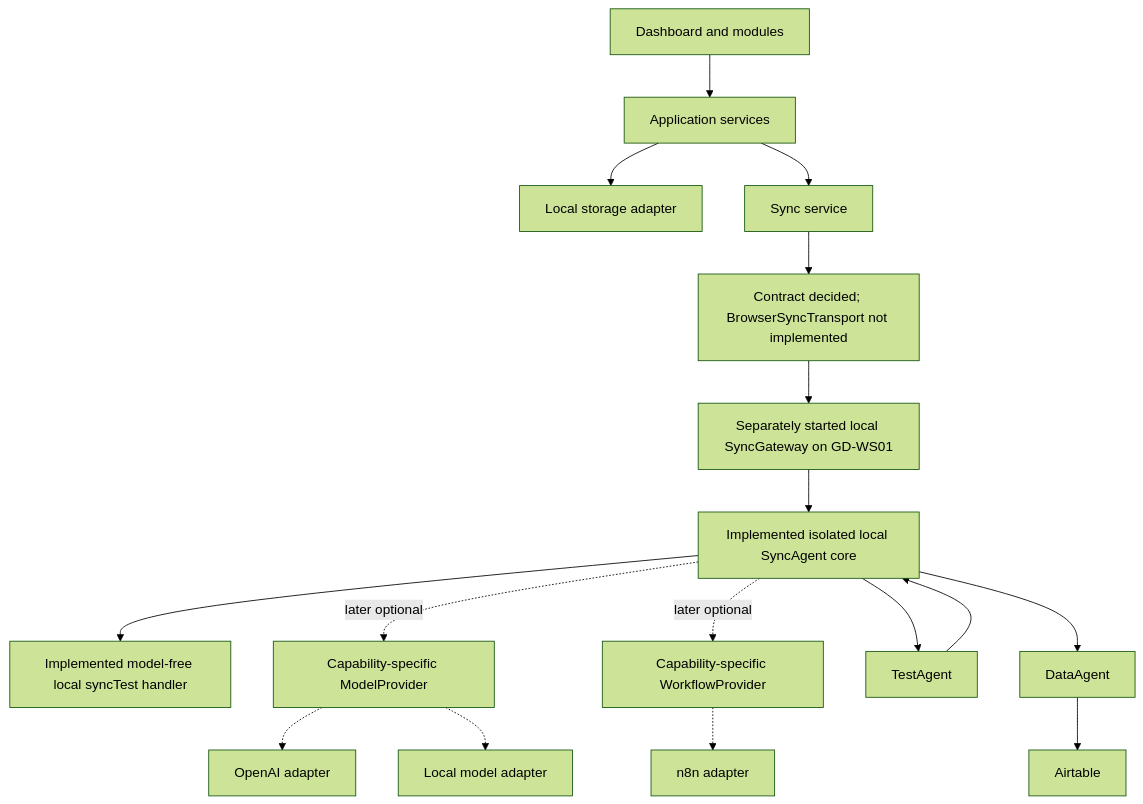
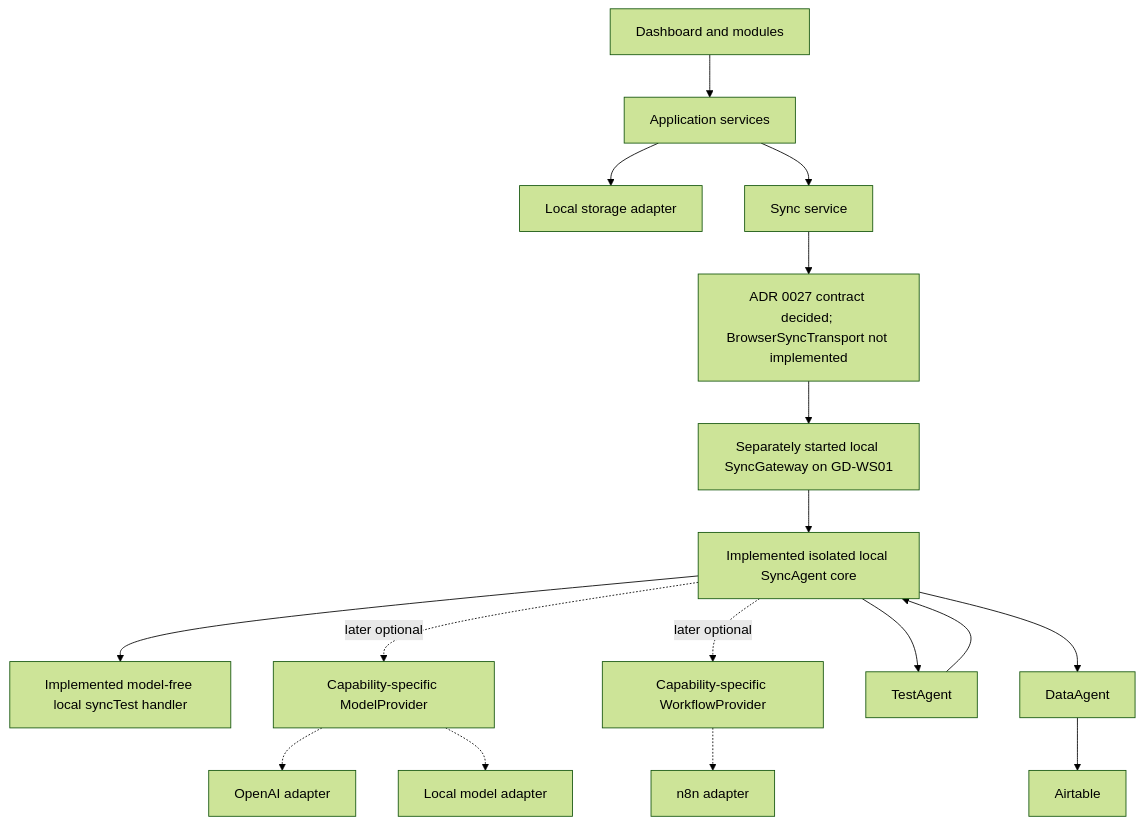
The diagram in README.md (Varudan/goldendawn-os), drawn with Mermaid (forest theme) before and after one commit. The commit also changed other lines of this file and 9 other files, not shown here.

Commit message:
docs: adr-0027-browser-sync-transport-proof-boundaries (#58)

````diff
--- a/README.md
+++ b/README.md
@@ -473,19 +536,19 @@
 ```mermaid
 flowchart TD
     UI["Dashboard and modules"] --> Services["Application services"]
     Services --> Local["Local storage adapter"]
     Services --> Sync["Sync service"]
-    Sync --> Transport["Contract decided; BrowserSyncTransport not implemented"]
+    Sync --> Transport["ADR 0027 contract decided; BrowserSyncTransport not implemented"]
     Transport --> Gateway["Separately started local SyncGateway on GD-WS01"]
     Gateway --> Agent["Implemented isolated local SyncAgent core"]
     Agent --> Handler["Implemented model-free local syncTest handler"]
     Agent -.->|later optional| Model["Capability-specific ModelProvider"]
     Model -.-> OpenAI["OpenAI adapter"]
     Model -.-> LocalModel["Local model adapter"]
     Agent -.->|later optional| Workflow["Capability-specific WorkflowProvider"]
     Workflow -.-> N8n["n8n adapter"]
     Agent --> Test["TestAgent"]
     Agent --> Data["DataAgent"]
     Test --> Agent
     Data --> Airtable["Airtable"]
 ```
````
